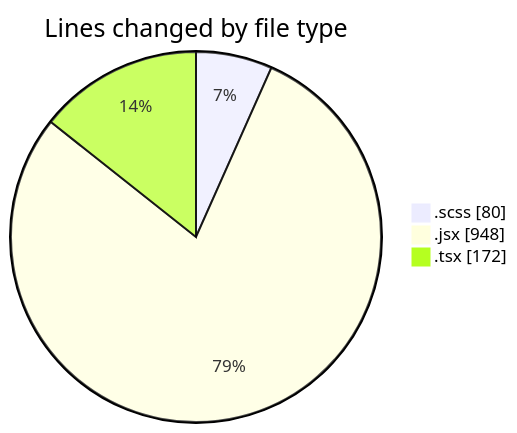
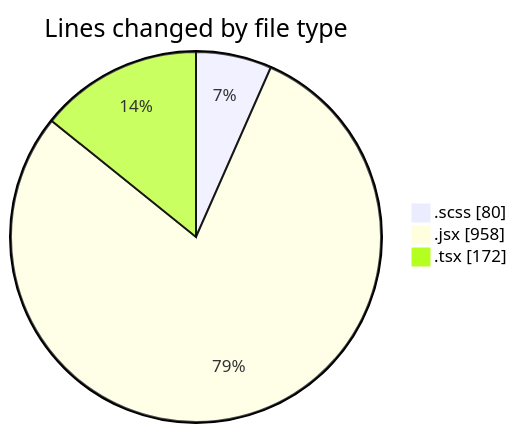
Before and after one commit to momahboobian/code-tracking: the first of 2 diagrams in 2025-06-03/cda/README.md, drawn with Mermaid. The commit also changed other lines of this file and 1 other file, not shown here.

````diff
--- a/2025-06-03/cda/README.md
+++ b/2025-06-03/cda/README.md
@@ -24,7 +24,7 @@
 ```mermaid
 pie showData
 title Lines changed by file type
 ".scss" : 80
-".jsx" : 948
+".jsx" : 958
 ".tsx" : 172
 ```
````
